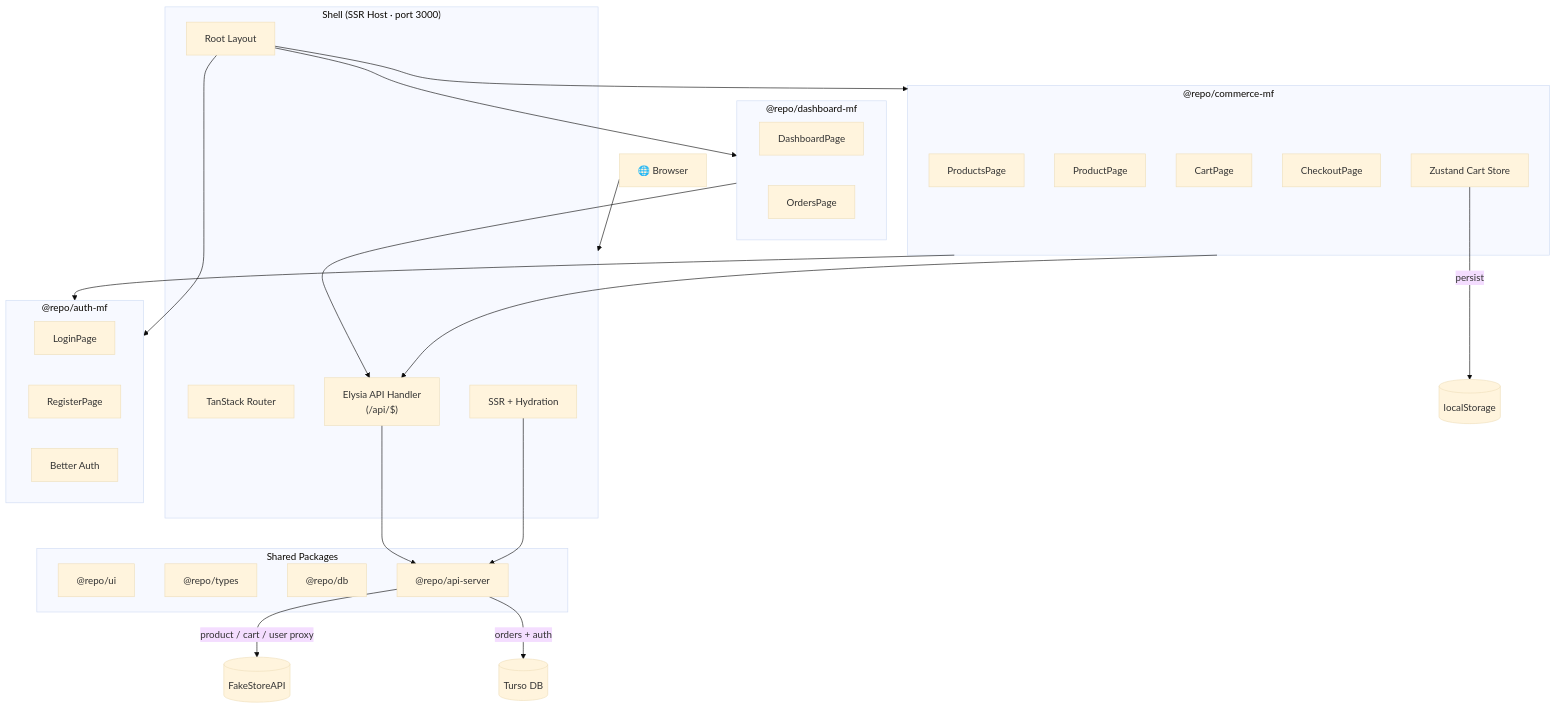
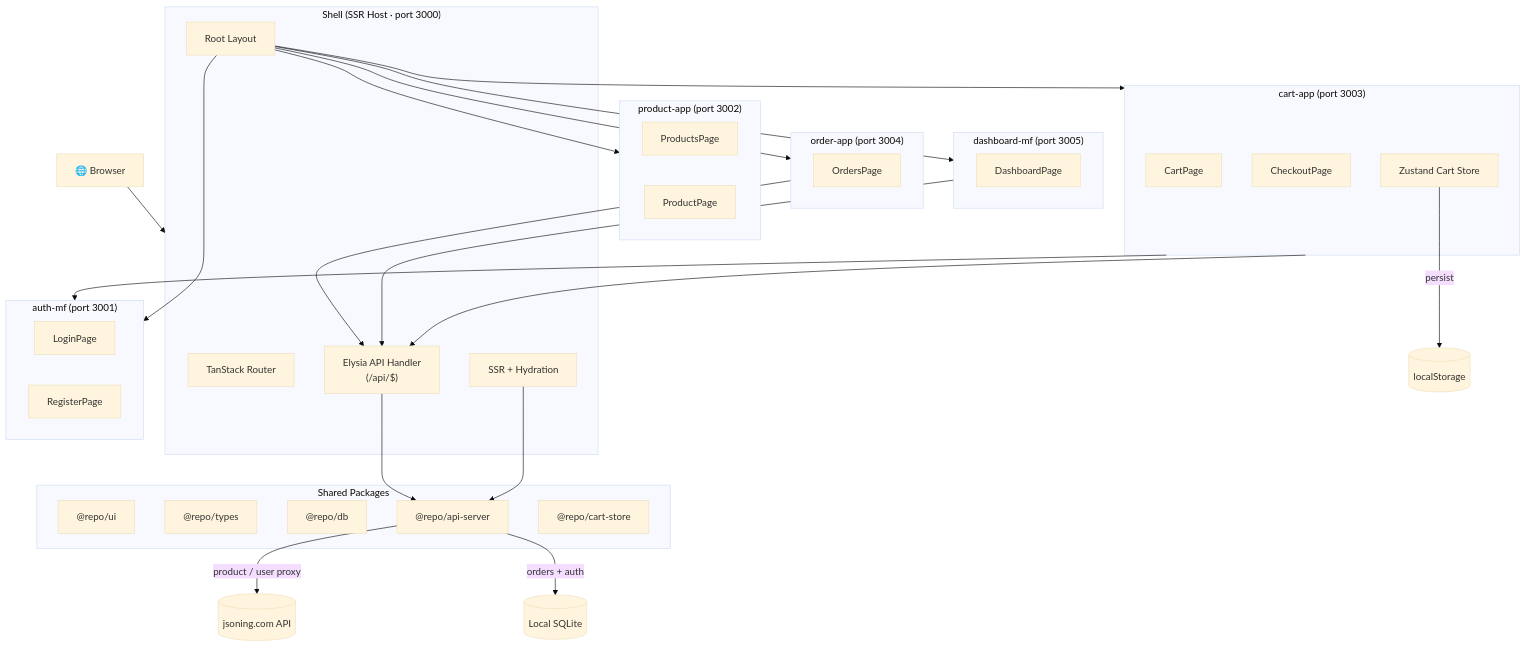
Before and after one commit to Its-Satyajit/MFECP: the diagram in README.md, drawn with Mermaid (base theme). The commit also changed other lines of this file and 10 other files, not shown here.

First line of the commit message:
docs: update architecture to reflect local SQLite + cart/order MFUpdate architecture diagrams descriptions match recent appstructure and data sources. Key changes:

````diff
--- a/README.md
+++ b/README.md
@@ -7,49 +7,55 @@
 ```mermaid
 flowchart TB
     Browser["🌐 Browser"]
 
     subgraph Shell["Shell (SSR Host · port 3000)"]
         Router["TanStack Router"]
         Layout["Root Layout"]
         SSR["SSR + Hydration"]
         API["Elysia API Handler<br/>(/api/$)"]
     end
 
-    subgraph AuthMF["@repo/auth-mf"]
+    subgraph AuthMF["auth-mf (port 3001)"]
         Login["LoginPage"]
         Register["RegisterPage"]
-        BAuth["Better Auth"]
     end
 
-    subgraph CommerceMF["@repo/commerce-mf"]
+    subgraph ProductMF["product-app (port 3002)"]
         Products["ProductsPage"]
         Product["ProductPage"]
+    end
+
+    subgraph CartMF["cart-app (port 3003)"]
         Cart["CartPage"]
         Checkout["CheckoutPage"]
-        ZStore["Zustand Cart Store"]
+        CartStore["Zustand Cart Store"]
     end
 
-    subgraph DashboardMF["@repo/dashboard-mf"]
+    subgraph OrderMF["order-app (port 3004)"]
+        Orders["OrdersPage"]
+    end
+
+    subgraph DashboardMF["dashboard-mf (port 3005)"]
         Dashboard["DashboardPage"]
-        Orders["OrdersPage"]
     end
 
     subgraph Shared["Shared Packages"]
         UI["@repo/ui"]
         Types["@repo/types"]
         DBpkg["@repo/db"]
         ApiSrv["@repo/api-server"]
+        CartStorePkg["@repo/cart-store"]
     end
 
-    FSA[("FakeStoreAPI")]
-    TDB[("Turso DB")]
+    Jsoning[("jsoning.com API")]
+    SQLite[("Local SQLite")]
 
     Browser --> Shell
-    Layout --> AuthMF & CommerceMF & DashboardMF
+    Layout --> AuthMF & ProductMF & CartMF & OrderMF & DashboardMF
     SSR & API --> ApiSrv
-    ApiSrv -->|product / cart / user proxy| FSA
-    ApiSrv -->|orders + auth| TDB
-    ZStore -->|persist| LS[("localStorage")]
-    CommerceMF --> AuthMF
-    CommerceMF & DashboardMF --> API
+    ApiSrv -->|product / user proxy| Jsoning
+    ApiSrv -->|orders + auth| SQLite
+    CartStore -->|persist| LS[("localStorage")]
+    CartMF --> AuthMF
+    CartMF & DashboardMF & OrderMF --> API
 ```
````
